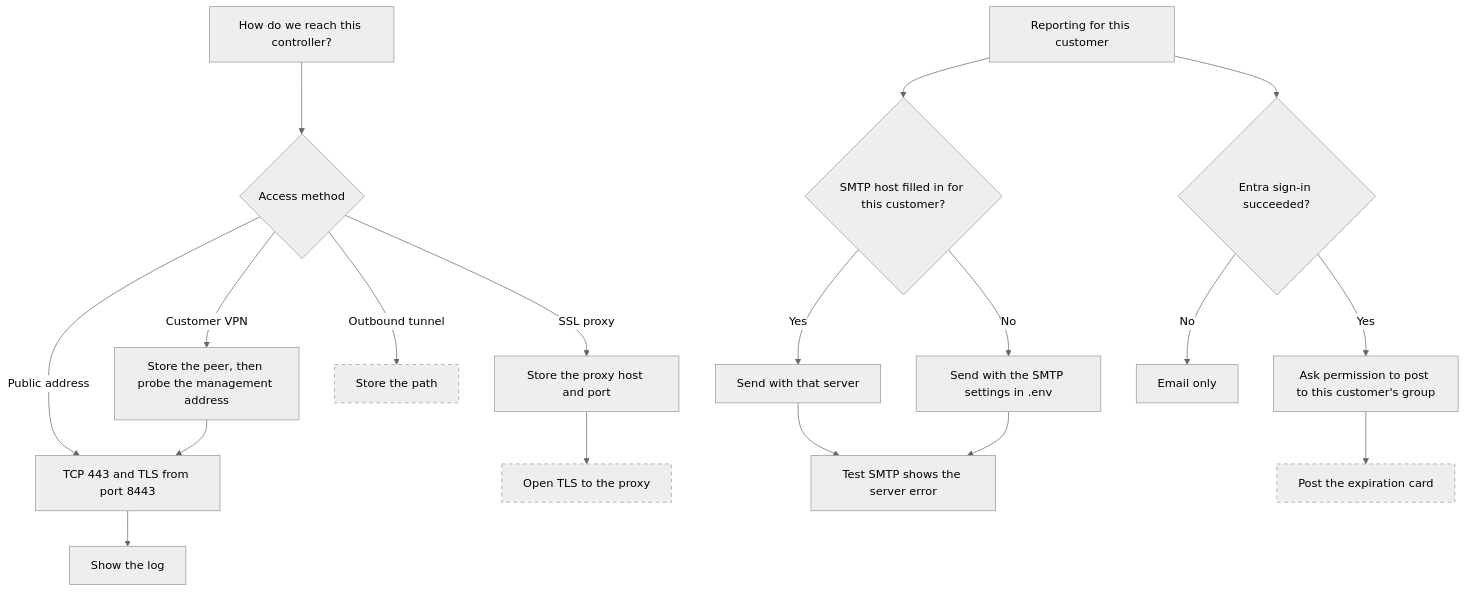
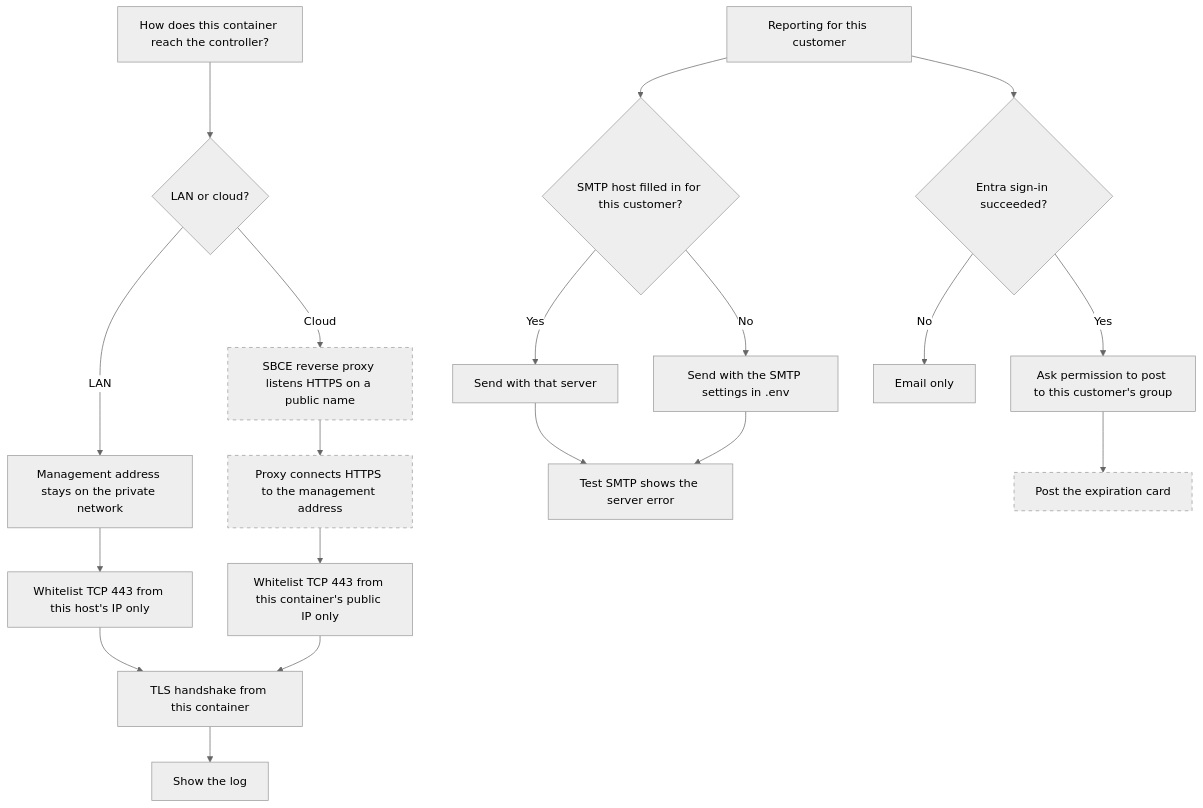
The third of 3 diagrams in README.md (bmiles-git/avaya-sbce-manager), drawn with Mermaid (neutral theme) before and after one commit. The commit also changed other lines of this file and 6 other files, not shown here.

Commit message:
Replace the SSL proxy with a LAN path or an SBCE reverse proxy.

````diff
--- a/README.md
+++ b/README.md
@@ -85,24 +85,25 @@
 ```mermaid
 flowchart TD
-  reach[How do we reach this controller?]
-  reach --> method{Access method}
-  method -->|Public address| probe[TCP 443 and TLS from port 8443]
-  method -->|Customer VPN| vpn[Store the peer, then probe the management address]
-  method -->|Outbound tunnel| tun[Store the path]
-  method -->|SSL proxy| proxy[Store the proxy host and port]
-  proxy --> proxytls[Open TLS to the proxy]
-  vpn --> probe
+  reach[How does this container reach the controller?]
+  reach --> method{LAN or cloud?}
+  method -->|LAN| lanaddr[Management address stays on the private network]
+  lanaddr --> lanallow[Whitelist TCP 443 from this host's IP only]
+  lanallow --> probe[TLS handshake from this container]
+  method -->|Cloud| relay[SBCE reverse proxy listens HTTPS on a public name]
+  relay --> inside[Proxy connects HTTPS to the management address]
+  inside --> cloudallow[Whitelist TCP 443 from this container's public IP only]
+  cloudallow --> probe
   probe --> log[Show the log]
   report[Reporting for this customer]
   report --> smtp{SMTP host filled in for this customer?}
   smtp -->|Yes| customerMail[Send with that server]
   smtp -->|No| hostMail[Send with the SMTP settings in .env]
   customerMail --> test[Test SMTP shows the server error]
   hostMail --> test
   report --> signed{Entra sign-in succeeded?}
   signed -->|No| mailOnly[Email only]
   signed -->|Yes| consent[Ask permission to post to this customer's group]
   consent --> teams[Post the expiration card]
-  class tun,proxytls,teams gap
+  class relay,inside,teams gap
   classDef gap stroke-dasharray: 5 5
 ```
````
